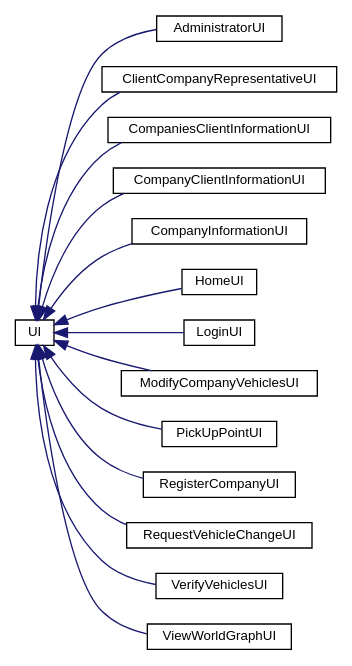
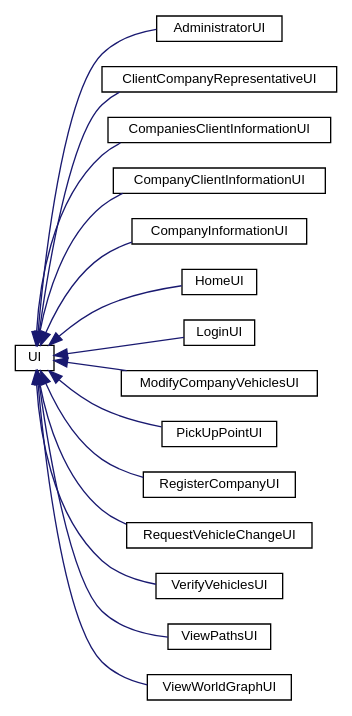
One commit to ctrlMarcio/feup-cal-proj changed the diagram in inherit_graph_25.dot. Above: the diagram before and after it, drawn with Graphviz. The commit also changed 53 other files, not shown here.

```diff
--- a/inherit_graph_25.dot
+++ b/inherit_graph_25.dot
@@ -1,33 +1,35 @@
 digraph "Graphical Class Hierarchy"
 {
   edge [fontname="Helvetica",fontsize="10",labelfontname="Helvetica",labelfontsize="10"];
   node [fontname="Helvetica",fontsize="10",shape=record];
   rankdir="LR";
   Node0 [label="UI",height=0.2,width=0.4,color="black", fillcolor="white", style="filled",URL="$classUI.html"];
   Node0 -> Node1 [dir="back",color="midnightblue",fontsize="10",style="solid",fontname="Helvetica"];
   Node1 [label="AdministratorUI",height=0.2,width=0.4,color="black", fillcolor="white", style="filled",URL="$classAdministratorUI.html"];
   Node0 -> Node2 [dir="back",color="midnightblue",fontsize="10",style="solid",fontname="Helvetica"];
   Node2 [label="ClientCompanyRepresentativeUI",height=0.2,width=0.4,color="black", fillcolor="white", style="filled",URL="$classClientCompanyRepresentativeUI.html"];
   Node0 -> Node3 [dir="back",color="midnightblue",fontsize="10",style="solid",fontname="Helvetica"];
   Node3 [label="CompaniesClientInformationUI",height=0.2,width=0.4,color="black", fillcolor="white", style="filled",URL="$classCompaniesClientInformationUI.html"];
   Node0 -> Node4 [dir="back",color="midnightblue",fontsize="10",style="solid",fontname="Helvetica"];
   Node4 [label="CompanyClientInformationUI",height=0.2,width=0.4,color="black", fillcolor="white", style="filled",URL="$classCompanyClientInformationUI.html"];
   Node0 -> Node5 [dir="back",color="midnightblue",fontsize="10",style="solid",fontname="Helvetica"];
   Node5 [label="CompanyInformationUI",height=0.2,width=0.4,color="black", fillcolor="white", style="filled",URL="$classCompanyInformationUI.html"];
   Node0 -> Node6 [dir="back",color="midnightblue",fontsize="10",style="solid",fontname="Helvetica"];
   Node6 [label="HomeUI",height=0.2,width=0.4,color="black", fillcolor="white", style="filled",URL="$classHomeUI.html"];
   Node0 -> Node7 [dir="back",color="midnightblue",fontsize="10",style="solid",fontname="Helvetica"];
   Node7 [label="LoginUI",height=0.2,width=0.4,color="black", fillcolor="white", style="filled",URL="$classLoginUI.html"];
   Node0 -> Node8 [dir="back",color="midnightblue",fontsize="10",style="solid",fontname="Helvetica"];
   Node8 [label="ModifyCompanyVehiclesUI",height=0.2,width=0.4,color="black", fillcolor="white", style="filled",URL="$classModifyCompanyVehiclesUI.html"];
   Node0 -> Node9 [dir="back",color="midnightblue",fontsize="10",style="solid",fontname="Helvetica"];
   Node9 [label="PickUpPointUI",height=0.2,width=0.4,color="black", fillcolor="white", style="filled",URL="$classPickUpPointUI.html"];
   Node0 -> Node10 [dir="back",color="midnightblue",fontsize="10",style="solid",fontname="Helvetica"];
   Node10 [label="RegisterCompanyUI",height=0.2,width=0.4,color="black", fillcolor="white", style="filled",URL="$classRegisterCompanyUI.html"];
   Node0 -> Node11 [dir="back",color="midnightblue",fontsize="10",style="solid",fontname="Helvetica"];
   Node11 [label="RequestVehicleChangeUI",height=0.2,width=0.4,color="black", fillcolor="white", style="filled",URL="$classRequestVehicleChangeUI.html"];
   Node0 -> Node12 [dir="back",color="midnightblue",fontsize="10",style="solid",fontname="Helvetica"];
   Node12 [label="VerifyVehiclesUI",height=0.2,width=0.4,color="black", fillcolor="white", style="filled",URL="$classVerifyVehiclesUI.html"];
   Node0 -> Node13 [dir="back",color="midnightblue",fontsize="10",style="solid",fontname="Helvetica"];
-  Node13 [label="ViewWorldGraphUI",height=0.2,width=0.4,color="black", fillcolor="white", style="filled",URL="$classViewWorldGraphUI.html"];
+  Node13 [label="ViewPathsUI",height=0.2,width=0.4,color="black", fillcolor="white", style="filled",URL="$classViewPathsUI.html"];
+  Node0 -> Node14 [dir="back",color="midnightblue",fontsize="10",style="solid",fontname="Helvetica"];
+  Node14 [label="ViewWorldGraphUI",height=0.2,width=0.4,color="black", fillcolor="white", style="filled",URL="$classViewWorldGraphUI.html"];
 }
```
